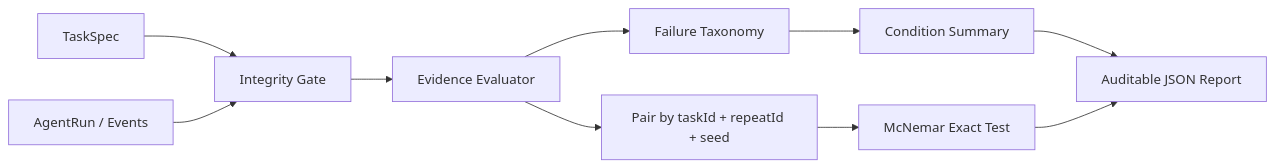
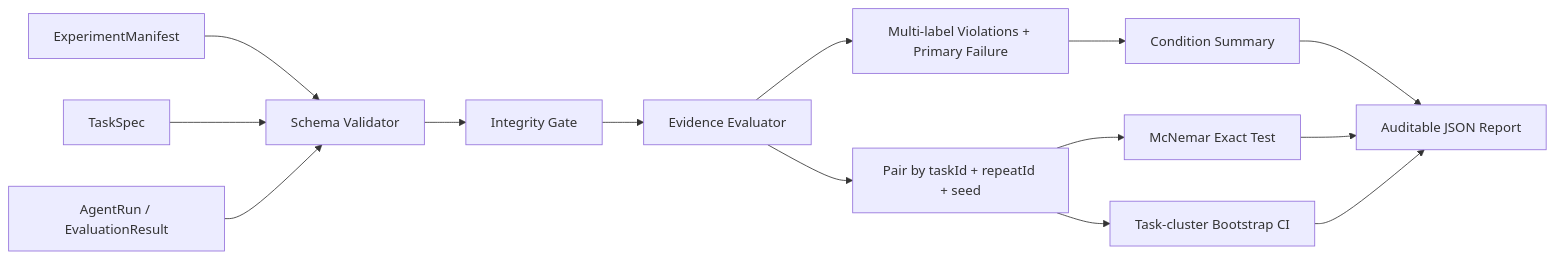
Before and after one commit to wkaixuan677-arch/agent-eval-lab: the first of 2 diagrams in docs/ARCHITECTURE.md, drawn with Mermaid. The commit also changed other lines of this file and 26 other files, not shown here.

````diff
--- a/docs/ARCHITECTURE.md
+++ b/docs/ARCHITECTURE.md
@@ -3,12 +3,16 @@
 ```mermaid
 flowchart LR
-    T[TaskSpec] --> I[Integrity Gate]
-    R[AgentRun / Events] --> I
+    EM[ExperimentManifest] --> V[Schema Validator]
+    T[TaskSpec] --> V
+    R[AgentRun / EvaluationResult] --> V
+    V --> I[Integrity Gate]
     I --> E[Evidence Evaluator]
-    E --> F[Failure Taxonomy]
+    E --> F[Multi-label Violations + Primary Failure]
     E --> P[Pair by taskId + repeatId + seed]
     F --> S[Condition Summary]
-    P --> M[McNemar Exact Test]
+    P --> MC[McNemar Exact Test]
+    P --> B[Task-cluster Bootstrap CI]
     S --> J[Auditable JSON Report]
-    M --> J
+    MC --> J
+    B --> J
 ```
````
